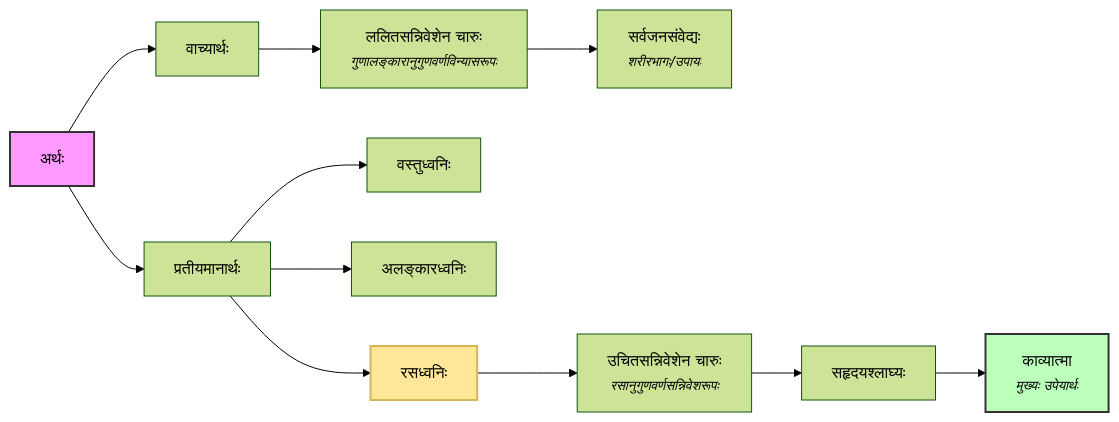
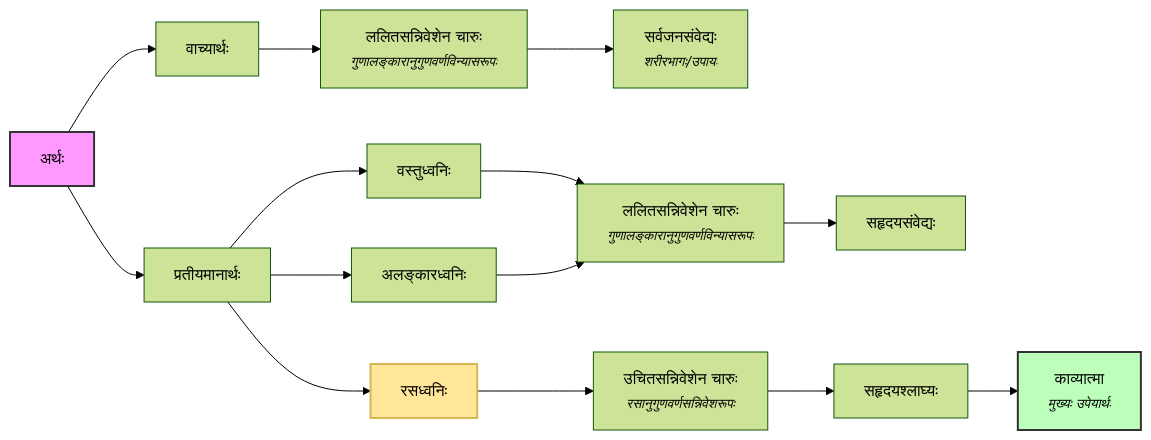
One commit to vagvibha/sahitya changed the diagram in shastra/texts/da/01/da1-02.md. Above: the diagram before and after it, drawn with Mermaid (forest theme). The commit also changed other lines of this file, not shown here.

Commit message:
content update

````diff
--- a/shastra/texts/da/01/da1-02.md
+++ b/shastra/texts/da/01/da1-02.md
@@ -35,25 +35,29 @@
 ```mermaid
 
 graph LR
     A["अर्थः"] --> B["वाच्यार्थः"]
     A --> C["प्रतीयमानार्थः"]
 
     B --> B1["ललितसन्निवेशेन चारुः<br/><small><i>गुणालङ्कारानुगुणवर्णविन्यासरूपः</i></small>"]
     B1 --> B2["सर्वजनसंवेद्यः<br/><small><i>शरीरभागः/उपायः</i><small>"]
 
     C --> C1["वस्तुध्वनिः"]
     C --> C2["अलङ्कारध्वनिः"]
     C --> C3["रसध्वनिः"]
-    
+
+    C1 --> D["ललितसन्निवेशेन चारुः<br/><small><i>गुणालङ्कारानुगुणवर्णविन्यासरूपः</i></small>"]
+    D --> E["सहृदयसंवेद्यः"]
+    C2 --> D
+
     C3 --> C4["उचितसन्निवेशेन चारुः<br/><small><i>रसानुगुणवर्णसन्निवेशरूपः<i></small>"]
     C4 --> C5["सहृदयश्लाघ्यः"]
     C5 --> C6["काव्यात्मा<br/><small><i>मुख्यः उपेयार्थः</i></small>"]
 
     %% Styling
     classDef main fill:#f9f,stroke:#333,stroke-width:2px;
     classDef soul fill:#bfb,stroke:#333,stroke-width:2px;
     classDef rasa fill:#ffe699,stroke:#d6b656,stroke-width:2px;
     class A main;
     class C3 rasa;
     class C6 soul;    
 ```
````
